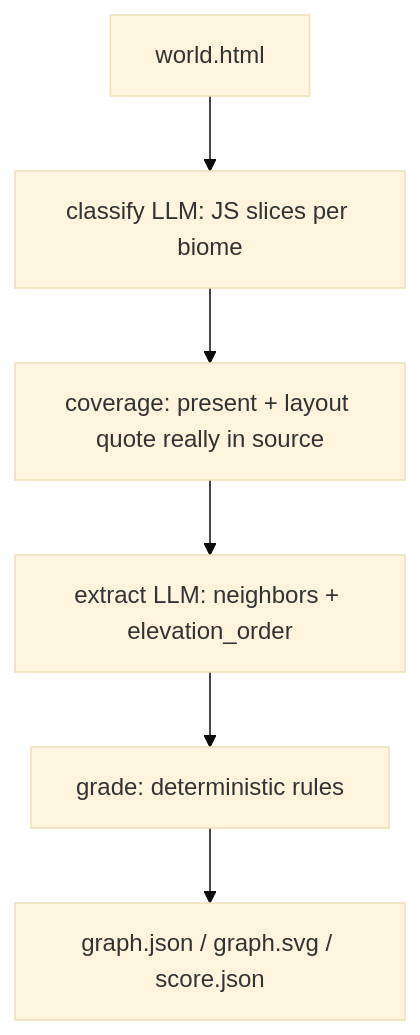
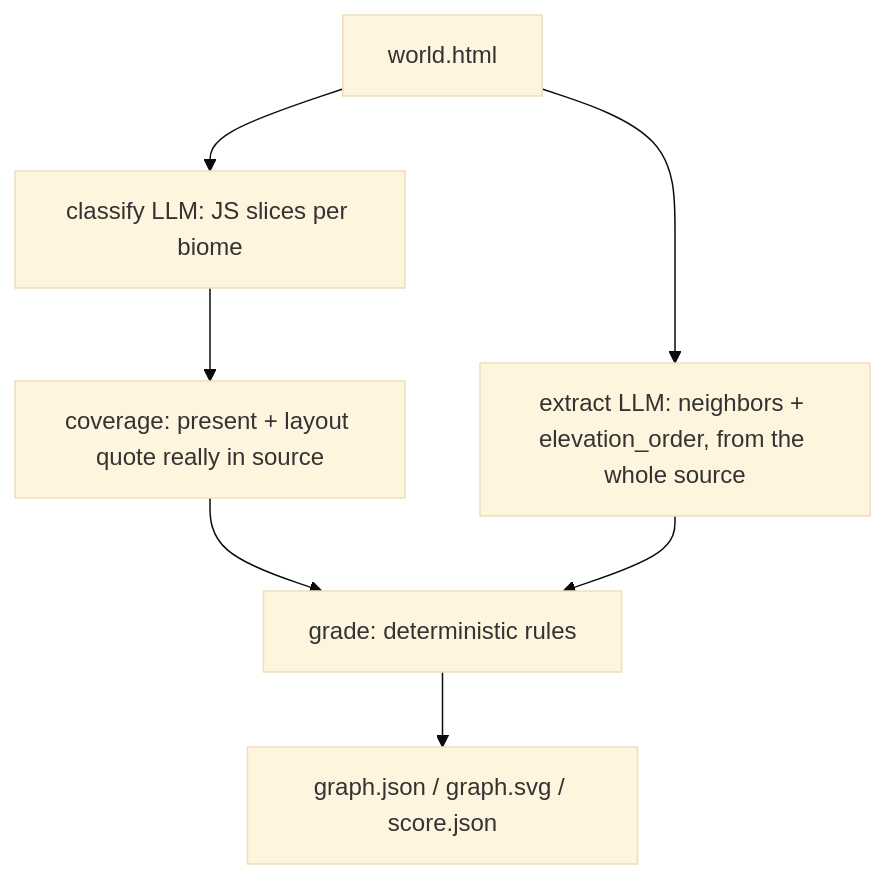
Before and after one commit to KrishBakshi/worldbench: the first of 2 diagrams in tests/WC002_biome_placement/Readme.md, drawn with Mermaid (base theme). The commit also changed other lines of this file and 4 other files, not shown here.

First line of the commit message:
update: WC002 extract reads the whole source, not classify's slices

````diff
--- a/tests/WC002_biome_placement/Readme.md
+++ b/tests/WC002_biome_placement/Readme.md
@@ -15,9 +15,10 @@
 ```mermaid
 flowchart TD
     html["world.html"]
     html --> classify["classify LLM: JS slices per biome"]
     classify --> coverage["coverage: present + layout quote really in source"]
-    coverage --> extract["extract LLM: neighbors + elevation_order"]
+    html --> extract["extract LLM: neighbors + elevation_order, from the whole source"]
+    coverage --> grade
     extract --> grade["grade: deterministic rules"]
     grade --> artifacts["graph.json / graph.svg / score.json"]
 ```
````
